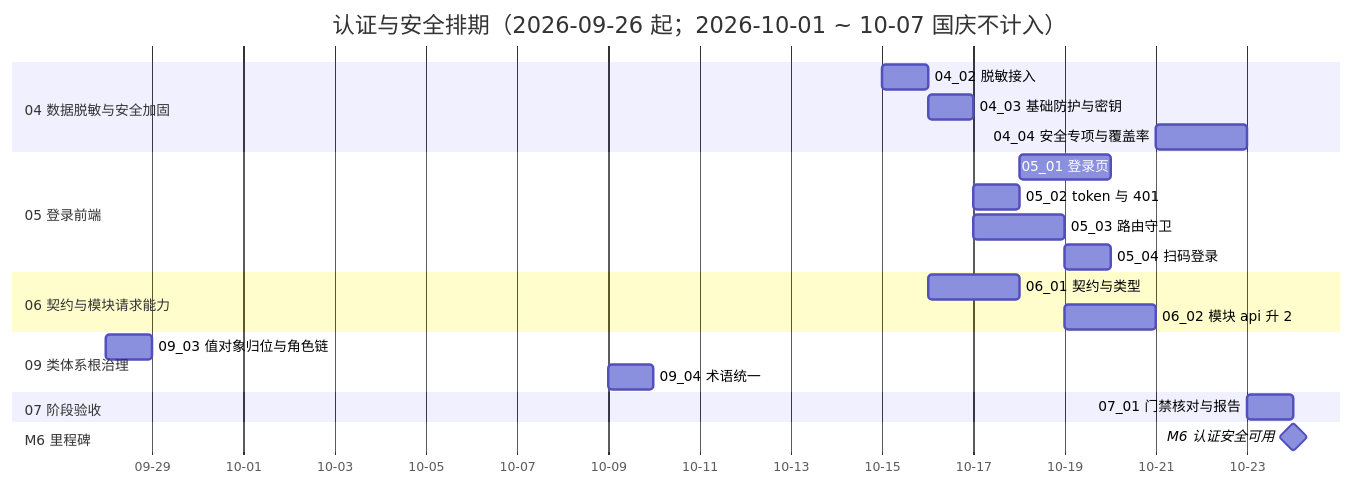
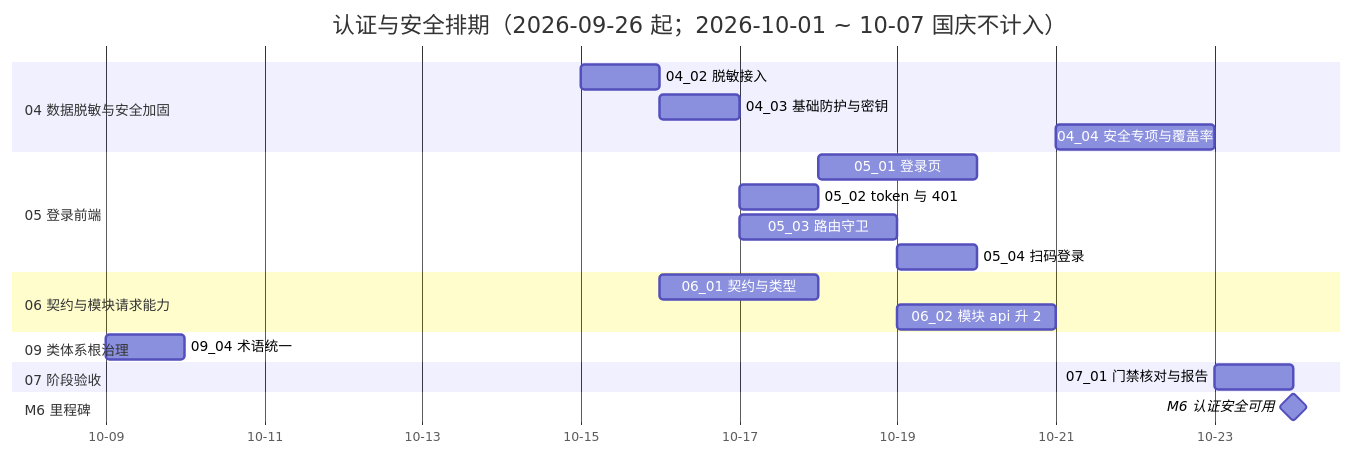
The diagram in bms文档/项目/06_认证与安全/计划/01_计划_认证与安全.md (minjian123/basic-management-system), drawn with Mermaid before and after one commit. The commit also changed other lines of this file and 4 other files, not shown here.

````diff
--- a/bms文档/项目/06_认证与安全/计划/01_计划_认证与安全.md
+++ b/bms文档/项目/06_认证与安全/计划/01_计划_认证与安全.md
@@ -66,25 +66,24 @@
 ```mermaid
 gantt
     title 认证与安全排期（2026-09-26 起；2026-10-01 ~ 10-07 国庆不计入）
     dateFormat  YYYY-MM-DD
     axisFormat %m-%d
     section 04 数据脱敏与安全加固
     04_02 脱敏接入 :d2, 2026-10-15, 1d
     04_03 基础防护与密钥 :d3, 2026-10-16, 1d
     04_04 安全专项与覆盖率 :d4, 2026-10-21, 2d
     section 05 登录前端
     05_01 登录页 :e1, 2026-10-18, 2d
     05_02 token 与 401 :e2, 2026-10-17, 1d
     05_03 路由守卫 :e3, 2026-10-17, 2d
     05_04 扫码登录 :e4, 2026-10-19, 1d
     section 06 契约与模块请求能力
     06_01 契约与类型 :f1, 2026-10-16, 2d
     06_02 模块 api 升 2 :f2, 2026-10-19, 2d
     section 09 类体系根治理
-    09_03 值对象归位与角色链 :h1, 2026-09-28, 1d
     09_04 术语统一 :h2, 2026-10-09, 1d
     section 07 阶段验收
     07_01 门禁核对与报告 :g1, 2026-10-23, 1d
     section M6 里程碑
     M6 认证安全可用 :milestone, mm6, 2026-10-24, 0d
 ```
````
